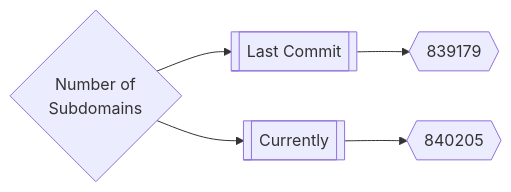
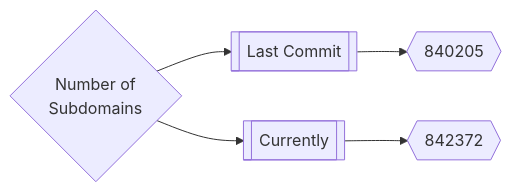
The first of 3 diagrams in README.md (trickest/inventory), drawn with Mermaid before and after one commit. The commit also changed other lines of this file, not shown here.

Commit message:
Update README.md Mon May 30 14:24:30 UTC 2022

````diff
--- a/README.md
+++ b/README.md
@@ -165,5 +165,5 @@
 ```mermaid
 graph LR
-title{Number of<br>Subdomains} --> subdomainsDate1[[Last Commit]] --> subdomainsNum1{{839179}}
-title --> subdomainsDate2[[Currently]] --> subdomainsNum2{{840205}}
+title{Number of<br>Subdomains} --> subdomainsDate1[[Last Commit]] --> subdomainsNum1{{840205}}
+title --> subdomainsDate2[[Currently]] --> subdomainsNum2{{842372}}
 ```
````
